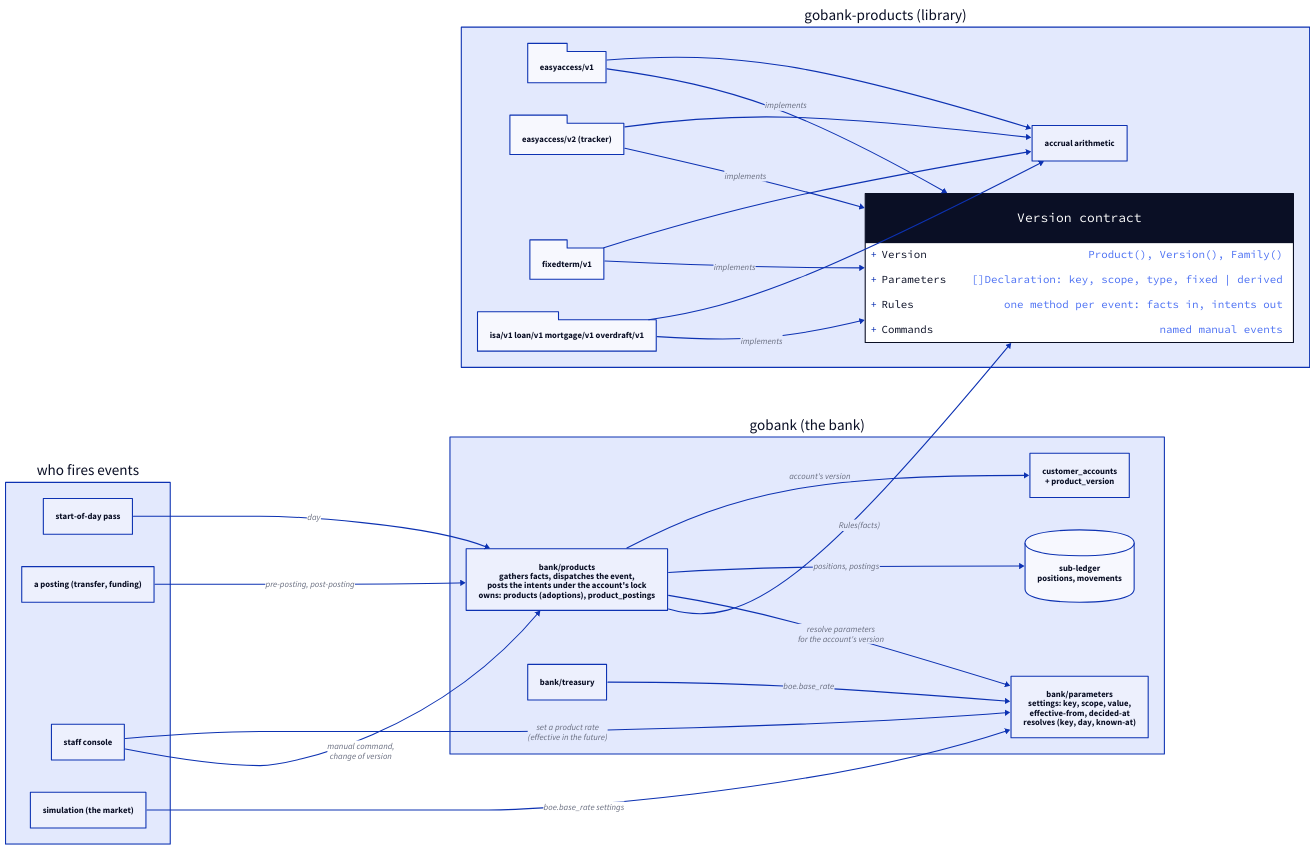
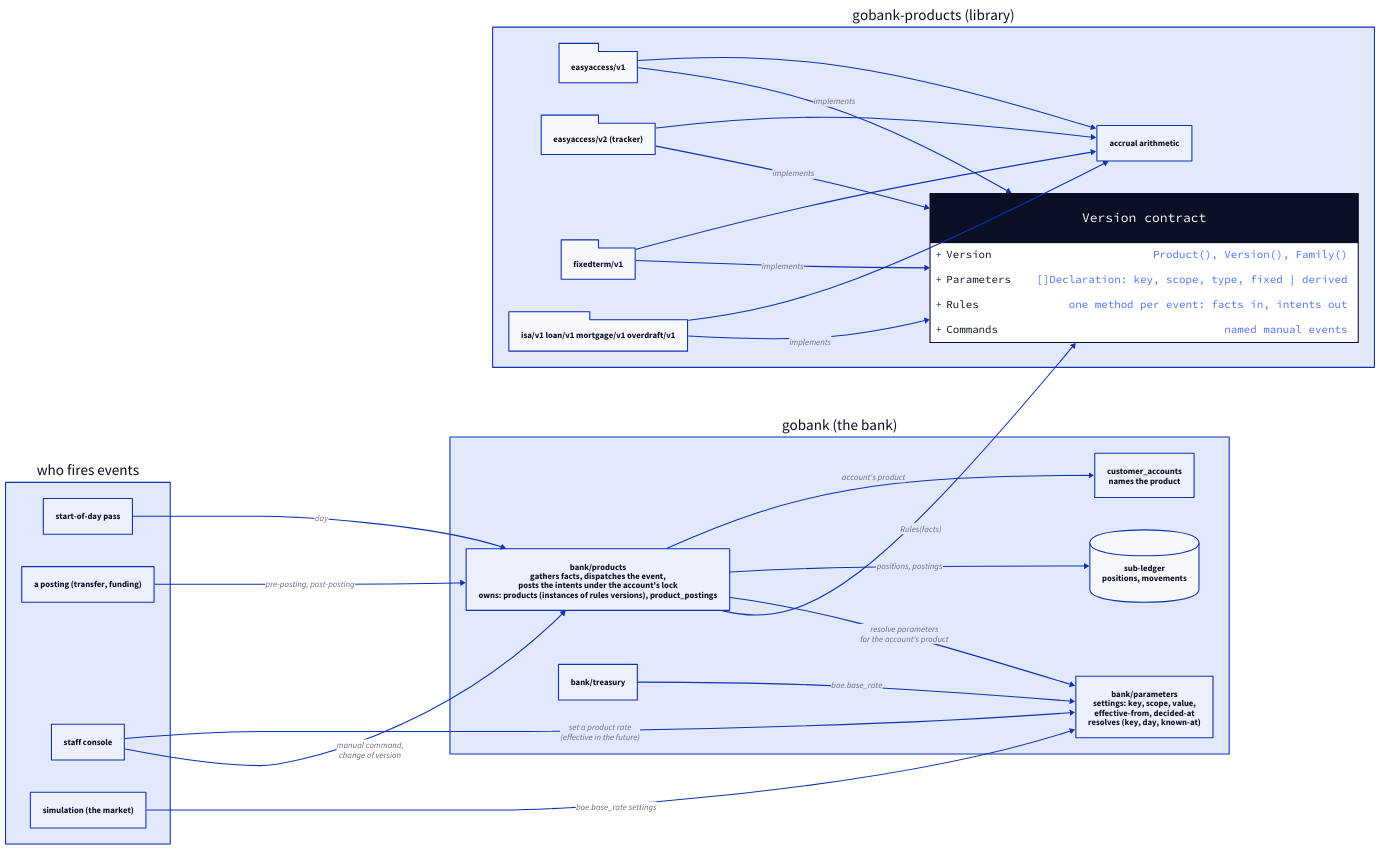
Before and after one commit to drummonds/gobank: the diagram in adr/0006-structure.d2, drawn with D2. The commit also changed 19 other files, not shown here.

First line of the commit message:
Story 1.8.2: the catalogue as products on rules versions (ADR-0006 as amended), the runner over the product contract, the parameters component

```diff
--- a/adr/0006-structure.d2
+++ b/adr/0006-structure.d2
@@ -1,75 +1,75 @@
 direction: right
 
 gbp: gobank-products (library) {
   contract: Version contract {
     shape: class
     Version: "Product(), Version(), Family()"
     Parameters: "[]Declaration: key, scope, type, fixed | derived"
     Rules: "one method per event: facts in, intents out"
     Commands: "named manual events"
   }
   ea1: easyaccess/v1 {
     shape: package
   }
   ea2: easyaccess/v2 (tracker) {
     shape: package
   }
   ft1: fixedterm/v1 {
     shape: package
   }
   more: "isa/v1 loan/v1 mortgage/v1 overdraft/v1" {
     shape: package
   }
   engine: accrual arithmetic {
     shape: rectangle
   }
   ea1 -> contract: implements
   ea2 -> contract: implements
   ft1 -> contract: implements
   more -> contract: implements
   ea1 -> engine
   ea2 -> engine
   ft1 -> engine
   more -> engine
 }
 
 bank: gobank (the bank) {
   runner: bank/products — the runner {
     shape: rectangle
-    label: "bank/products\ngathers facts, dispatches the event,\nposts the intents under the account's lock\nowns: products (adoptions), product_postings"
+    label: "bank/products\ngathers facts, dispatches the event,\nposts the intents under the account's lock\nowns: products (instances of rules versions), product_postings"
   }
   params: bank/parameters {
     shape: rectangle
     label: "bank/parameters\nsettings: key, scope, value,\neffective-from, decided-at\nresolves (key, day, known-at)"
   }
   ledger: bank/ledger (go-luca) {
     shape: cylinder
     label: "sub-ledger\npositions, movements"
   }
   customers: bank/customers {
     shape: rectangle
-    label: "customer_accounts\n+ product_version"
+    label: "customer_accounts\nnames the product"
   }
   treasury: bank/treasury {
     shape: rectangle
   }
 }
 
 callers: who fires events {
   pass: start-of-day pass
   payments: a posting (transfer, funding)
   console: staff console
   sim: simulation (the market)
 }
 
 callers.pass -> bank.runner: day
 callers.payments -> bank.runner: pre-posting, post-posting
 callers.console -> bank.runner: manual command,\nchange of version
 callers.console -> bank.params: set a product rate\n(effective in the future)
 callers.sim -> bank.params: boe.base_rate settings
 
 bank.runner -> gbp.contract: Rules(facts)
-bank.runner -> bank.params: resolve parameters\nfor the account's version
+bank.runner -> bank.params: resolve parameters\nfor the account's product
 bank.runner -> bank.ledger: positions, postings
-bank.runner -> bank.customers: account's version
+bank.runner -> bank.customers: account's product
 bank.treasury -> bank.params: boe.base_rate
```
